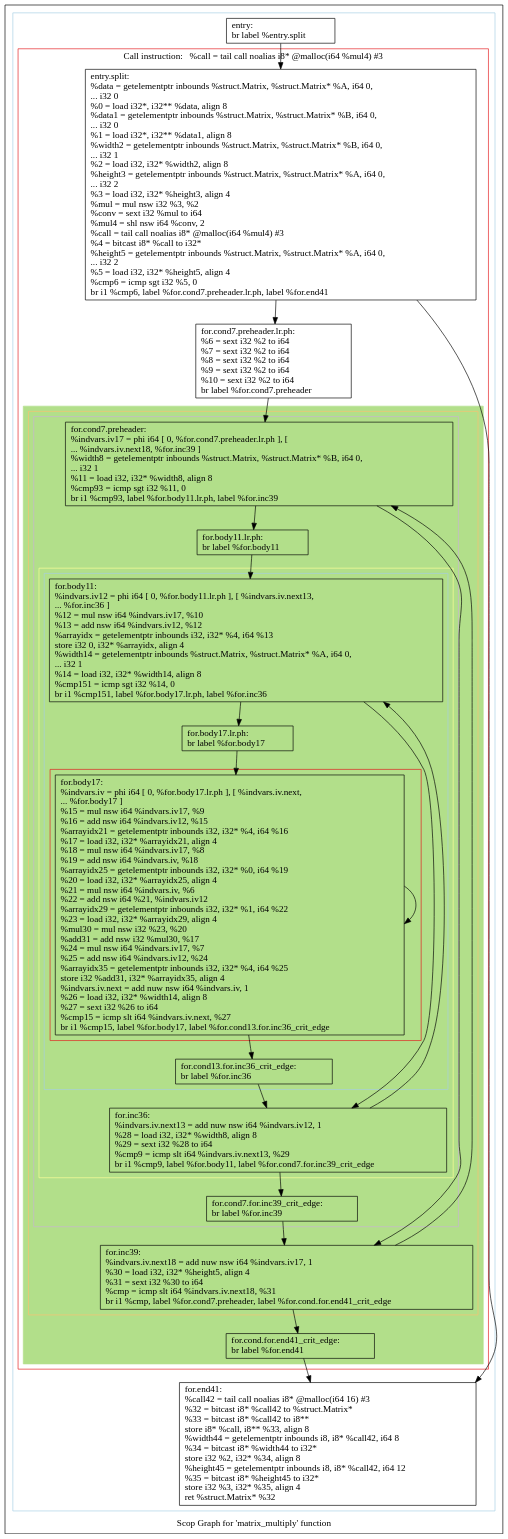
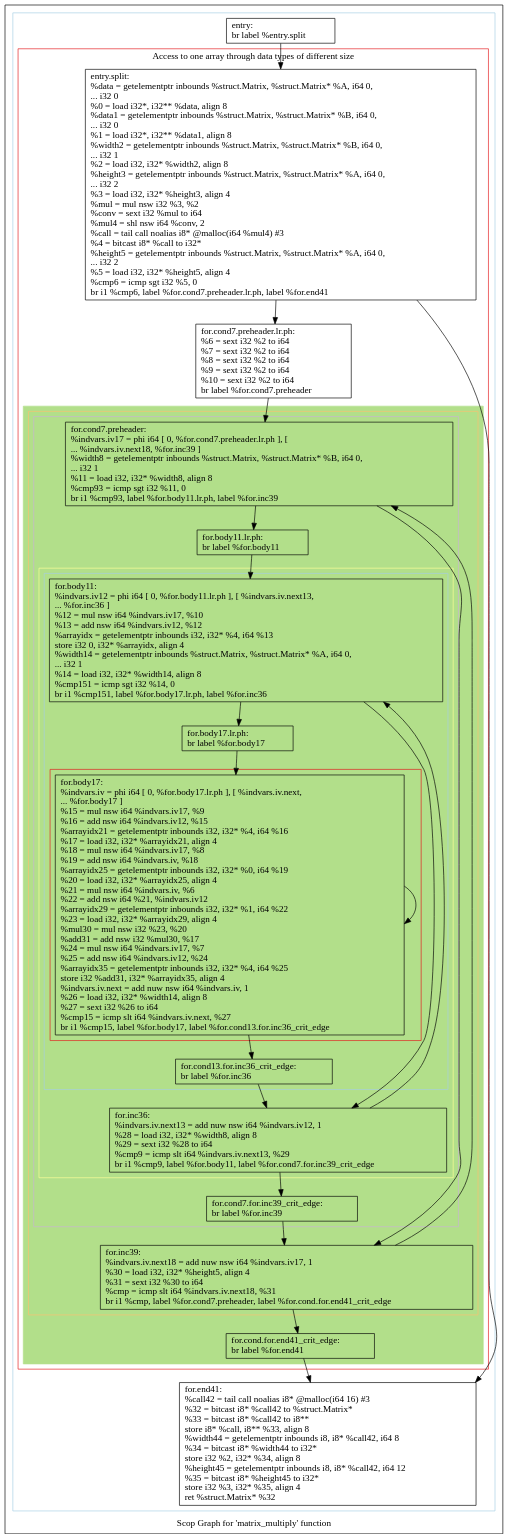
The diagram in polly/MatrixMult/impl/handwritten2/dot/scops.matrix_multiply.dot (samminweng/WhileyOpenCL), drawn with Graphviz before and after one commit. The commit also changed 52 other files, not shown here.

```diff
--- a/polly/MatrixMult/impl/handwritten2/dot/scops.matrix_multiply.dot
+++ b/polly/MatrixMult/impl/handwritten2/dot/scops.matrix_multiply.dot
@@ -1,91 +1,91 @@
 digraph "Scop Graph for 'matrix_multiply' function" {
 	label="Scop Graph for 'matrix_multiply' function";
 
-	Node0x6802840 [shape=record,label="{entry:\l  br label %entry.split\l}"];
-	Node0x6802840 -> Node0x67e99f0;
-	Node0x67e99f0 [shape=record,label="{entry.split:                                      \l  %data = getelementptr inbounds %struct.Matrix, %struct.Matrix* %A, i64 0,\l... i32 0\l  %0 = load i32*, i32** %data, align 8\l  %data1 = getelementptr inbounds %struct.Matrix, %struct.Matrix* %B, i64 0,\l... i32 0\l  %1 = load i32*, i32** %data1, align 8\l  %width2 = getelementptr inbounds %struct.Matrix, %struct.Matrix* %B, i64 0,\l... i32 1\l  %2 = load i32, i32* %width2, align 8\l  %height3 = getelementptr inbounds %struct.Matrix, %struct.Matrix* %A, i64 0,\l... i32 2\l  %3 = load i32, i32* %height3, align 4\l  %mul = mul nsw i32 %3, %2\l  %conv = sext i32 %mul to i64\l  %mul4 = shl nsw i64 %conv, 2\l  %call = tail call noalias i8* @malloc(i64 %mul4) #3\l  %4 = bitcast i8* %call to i32*\l  %height5 = getelementptr inbounds %struct.Matrix, %struct.Matrix* %A, i64 0,\l... i32 2\l  %5 = load i32, i32* %height5, align 4\l  %cmp6 = icmp sgt i32 %5, 0\l  br i1 %cmp6, label %for.cond7.preheader.lr.ph, label %for.end41\l}"];
-	Node0x67e99f0 -> Node0x67f8520;
-	Node0x67e99f0 -> Node0x6801f70;
-	Node0x67f8520 [shape=record,label="{for.cond7.preheader.lr.ph:                        \l  %6 = sext i32 %2 to i64\l  %7 = sext i32 %2 to i64\l  %8 = sext i32 %2 to i64\l  %9 = sext i32 %2 to i64\l  %10 = sext i32 %2 to i64\l  br label %for.cond7.preheader\l}"];
-	Node0x67f8520 -> Node0x6801f90;
-	Node0x6801f90 [shape=record,label="{for.cond7.preheader:                              \l  %indvars.iv17 = phi i64 [ 0, %for.cond7.preheader.lr.ph ], [\l... %indvars.iv.next18, %for.inc39 ]\l  %width8 = getelementptr inbounds %struct.Matrix, %struct.Matrix* %B, i64 0,\l... i32 1\l  %11 = load i32, i32* %width8, align 8\l  %cmp93 = icmp sgt i32 %11, 0\l  br i1 %cmp93, label %for.body11.lr.ph, label %for.inc39\l}"];
-	Node0x6801f90 -> Node0x6802910;
-	Node0x6801f90 -> Node0x67ffa00;
-	Node0x6802910 [shape=record,label="{for.body11.lr.ph:                                 \l  br label %for.body11\l}"];
-	Node0x6802910 -> Node0x68028f0;
-	Node0x68028f0 [shape=record,label="{for.body11:                                       \l  %indvars.iv12 = phi i64 [ 0, %for.body11.lr.ph ], [ %indvars.iv.next13,\l... %for.inc36 ]\l  %12 = mul nsw i64 %indvars.iv17, %10\l  %13 = add nsw i64 %indvars.iv12, %12\l  %arrayidx = getelementptr inbounds i32, i32* %4, i64 %13\l  store i32 0, i32* %arrayidx, align 4\l  %width14 = getelementptr inbounds %struct.Matrix, %struct.Matrix* %A, i64 0,\l... i32 1\l  %14 = load i32, i32* %width14, align 8\l  %cmp151 = icmp sgt i32 %14, 0\l  br i1 %cmp151, label %for.body17.lr.ph, label %for.inc36\l}"];
-	Node0x68028f0 -> Node0x6801ab0;
-	Node0x68028f0 -> Node0x6801ad0;
-	Node0x6801ab0 [shape=record,label="{for.body17.lr.ph:                                 \l  br label %for.body17\l}"];
-	Node0x6801ab0 -> Node0x67ff4e0;
-	Node0x67ff4e0 [shape=record,label="{for.body17:                                       \l  %indvars.iv = phi i64 [ 0, %for.body17.lr.ph ], [ %indvars.iv.next,\l... %for.body17 ]\l  %15 = mul nsw i64 %indvars.iv17, %9\l  %16 = add nsw i64 %indvars.iv12, %15\l  %arrayidx21 = getelementptr inbounds i32, i32* %4, i64 %16\l  %17 = load i32, i32* %arrayidx21, align 4\l  %18 = mul nsw i64 %indvars.iv17, %8\l  %19 = add nsw i64 %indvars.iv, %18\l  %arrayidx25 = getelementptr inbounds i32, i32* %0, i64 %19\l  %20 = load i32, i32* %arrayidx25, align 4\l  %21 = mul nsw i64 %indvars.iv, %6\l  %22 = add nsw i64 %21, %indvars.iv12\l  %arrayidx29 = getelementptr inbounds i32, i32* %1, i64 %22\l  %23 = load i32, i32* %arrayidx29, align 4\l  %mul30 = mul nsw i32 %23, %20\l  %add31 = add nsw i32 %mul30, %17\l  %24 = mul nsw i64 %indvars.iv17, %7\l  %25 = add nsw i64 %indvars.iv12, %24\l  %arrayidx35 = getelementptr inbounds i32, i32* %4, i64 %25\l  store i32 %add31, i32* %arrayidx35, align 4\l  %indvars.iv.next = add nuw nsw i64 %indvars.iv, 1\l  %26 = load i32, i32* %width14, align 8\l  %27 = sext i32 %26 to i64\l  %cmp15 = icmp slt i64 %indvars.iv.next, %27\l  br i1 %cmp15, label %for.body17, label %for.cond13.for.inc36_crit_edge\l}"];
-	Node0x67ff4e0 -> Node0x67ff4e0[constraint=false];
-	Node0x67ff4e0 -> Node0x68028c0;
-	Node0x68028c0 [shape=record,label="{for.cond13.for.inc36_crit_edge:                   \l  br label %for.inc36\l}"];
-	Node0x68028c0 -> Node0x6801ad0;
-	Node0x6801ad0 [shape=record,label="{for.inc36:                                        \l  %indvars.iv.next13 = add nuw nsw i64 %indvars.iv12, 1\l  %28 = load i32, i32* %width8, align 8\l  %29 = sext i32 %28 to i64\l  %cmp9 = icmp slt i64 %indvars.iv.next13, %29\l  br i1 %cmp9, label %for.body11, label %for.cond7.for.inc39_crit_edge\l}"];
-	Node0x6801ad0 -> Node0x68028f0[constraint=false];
-	Node0x6801ad0 -> Node0x67f8600;
-	Node0x67f8600 [shape=record,label="{for.cond7.for.inc39_crit_edge:                    \l  br label %for.inc39\l}"];
-	Node0x67f8600 -> Node0x67ffa00;
-	Node0x67ffa00 [shape=record,label="{for.inc39:                                        \l  %indvars.iv.next18 = add nuw nsw i64 %indvars.iv17, 1\l  %30 = load i32, i32* %height5, align 4\l  %31 = sext i32 %30 to i64\l  %cmp = icmp slt i64 %indvars.iv.next18, %31\l  br i1 %cmp, label %for.cond7.preheader, label %for.cond.for.end41_crit_edge\l}"];
-	Node0x67ffa00 -> Node0x6801f90[constraint=false];
-	Node0x67ffa00 -> Node0x67f8010;
-	Node0x67f8010 [shape=record,label="{for.cond.for.end41_crit_edge:                     \l  br label %for.end41\l}"];
-	Node0x67f8010 -> Node0x6801f70;
-	Node0x6801f70 [shape=record,label="{for.end41:                                        \l  %call42 = tail call noalias i8* @malloc(i64 16) #3\l  %32 = bitcast i8* %call42 to %struct.Matrix*\l  %33 = bitcast i8* %call42 to i8**\l  store i8* %call, i8** %33, align 8\l  %width44 = getelementptr inbounds i8, i8* %call42, i64 8\l  %34 = bitcast i8* %width44 to i32*\l  store i32 %2, i32* %34, align 8\l  %height45 = getelementptr inbounds i8, i8* %call42, i64 12\l  %35 = bitcast i8* %height45 to i32*\l  store i32 %3, i32* %35, align 4\l  ret %struct.Matrix* %32\l}"];
+	Node0x57bcc10 [shape=record,label="{entry:\l  br label %entry.split\l}"];
+	Node0x57bcc10 -> Node0x57aad70;
+	Node0x57aad70 [shape=record,label="{entry.split:                                      \l  %data = getelementptr inbounds %struct.Matrix, %struct.Matrix* %A, i64 0,\l... i32 0\l  %0 = load i32*, i32** %data, align 8\l  %data1 = getelementptr inbounds %struct.Matrix, %struct.Matrix* %B, i64 0,\l... i32 0\l  %1 = load i32*, i32** %data1, align 8\l  %width2 = getelementptr inbounds %struct.Matrix, %struct.Matrix* %B, i64 0,\l... i32 1\l  %2 = load i32, i32* %width2, align 8\l  %height3 = getelementptr inbounds %struct.Matrix, %struct.Matrix* %A, i64 0,\l... i32 2\l  %3 = load i32, i32* %height3, align 4\l  %mul = mul nsw i32 %3, %2\l  %conv = sext i32 %mul to i64\l  %mul4 = shl nsw i64 %conv, 2\l  %call = tail call noalias i8* @malloc(i64 %mul4) #3\l  %4 = bitcast i8* %call to i32*\l  %height5 = getelementptr inbounds %struct.Matrix, %struct.Matrix* %A, i64 0,\l... i32 2\l  %5 = load i32, i32* %height5, align 4\l  %cmp6 = icmp sgt i32 %5, 0\l  br i1 %cmp6, label %for.cond7.preheader.lr.ph, label %for.end41\l}"];
+	Node0x57aad70 -> Node0x57b77d0;
+	Node0x57aad70 -> Node0x57b77f0;
+	Node0x57b77d0 [shape=record,label="{for.cond7.preheader.lr.ph:                        \l  %6 = sext i32 %2 to i64\l  %7 = sext i32 %2 to i64\l  %8 = sext i32 %2 to i64\l  %9 = sext i32 %2 to i64\l  %10 = sext i32 %2 to i64\l  br label %for.cond7.preheader\l}"];
+	Node0x57b77d0 -> Node0x57b4d40;
+	Node0x57b4d40 [shape=record,label="{for.cond7.preheader:                              \l  %indvars.iv17 = phi i64 [ 0, %for.cond7.preheader.lr.ph ], [\l... %indvars.iv.next18, %for.inc39 ]\l  %width8 = getelementptr inbounds %struct.Matrix, %struct.Matrix* %B, i64 0,\l... i32 1\l  %11 = load i32, i32* %width8, align 8\l  %cmp93 = icmp sgt i32 %11, 0\l  br i1 %cmp93, label %for.body11.lr.ph, label %for.inc39\l}"];
+	Node0x57b4d40 -> Node0x57bc6c0;
+	Node0x57b4d40 -> Node0x57b4d60;
+	Node0x57bc6c0 [shape=record,label="{for.body11.lr.ph:                                 \l  br label %for.body11\l}"];
+	Node0x57bc6c0 -> Node0x57bcd80;
+	Node0x57bcd80 [shape=record,label="{for.body11:                                       \l  %indvars.iv12 = phi i64 [ 0, %for.body11.lr.ph ], [ %indvars.iv.next13,\l... %for.inc36 ]\l  %12 = mul nsw i64 %indvars.iv17, %10\l  %13 = add nsw i64 %indvars.iv12, %12\l  %arrayidx = getelementptr inbounds i32, i32* %4, i64 %13\l  store i32 0, i32* %arrayidx, align 4\l  %width14 = getelementptr inbounds %struct.Matrix, %struct.Matrix* %A, i64 0,\l... i32 1\l  %14 = load i32, i32* %width14, align 8\l  %cmp151 = icmp sgt i32 %14, 0\l  br i1 %cmp151, label %for.body17.lr.ph, label %for.inc36\l}"];
+	Node0x57bcd80 -> Node0x57bcb80;
+	Node0x57bcd80 -> Node0x57ba2b0;
+	Node0x57bcb80 [shape=record,label="{for.body17.lr.ph:                                 \l  br label %for.body17\l}"];
+	Node0x57bcb80 -> Node0x57ba360;
+	Node0x57ba360 [shape=record,label="{for.body17:                                       \l  %indvars.iv = phi i64 [ 0, %for.body17.lr.ph ], [ %indvars.iv.next,\l... %for.body17 ]\l  %15 = mul nsw i64 %indvars.iv17, %9\l  %16 = add nsw i64 %indvars.iv12, %15\l  %arrayidx21 = getelementptr inbounds i32, i32* %4, i64 %16\l  %17 = load i32, i32* %arrayidx21, align 4\l  %18 = mul nsw i64 %indvars.iv17, %8\l  %19 = add nsw i64 %indvars.iv, %18\l  %arrayidx25 = getelementptr inbounds i32, i32* %0, i64 %19\l  %20 = load i32, i32* %arrayidx25, align 4\l  %21 = mul nsw i64 %indvars.iv, %6\l  %22 = add nsw i64 %21, %indvars.iv12\l  %arrayidx29 = getelementptr inbounds i32, i32* %1, i64 %22\l  %23 = load i32, i32* %arrayidx29, align 4\l  %mul30 = mul nsw i32 %23, %20\l  %add31 = add nsw i32 %mul30, %17\l  %24 = mul nsw i64 %indvars.iv17, %7\l  %25 = add nsw i64 %indvars.iv12, %24\l  %arrayidx35 = getelementptr inbounds i32, i32* %4, i64 %25\l  store i32 %add31, i32* %arrayidx35, align 4\l  %indvars.iv.next = add nuw nsw i64 %indvars.iv, 1\l  %26 = load i32, i32* %width14, align 8\l  %27 = sext i32 %26 to i64\l  %cmp15 = icmp slt i64 %indvars.iv.next, %27\l  br i1 %cmp15, label %for.body17, label %for.cond13.for.inc36_crit_edge\l}"];
+	Node0x57ba360 -> Node0x57ba360[constraint=false];
+	Node0x57ba360 -> Node0x57ba2d0;
+	Node0x57ba2d0 [shape=record,label="{for.cond13.for.inc36_crit_edge:                   \l  br label %for.inc36\l}"];
+	Node0x57ba2d0 -> Node0x57ba2b0;
+	Node0x57ba2b0 [shape=record,label="{for.inc36:                                        \l  %indvars.iv.next13 = add nuw nsw i64 %indvars.iv12, 1\l  %28 = load i32, i32* %width8, align 8\l  %29 = sext i32 %28 to i64\l  %cmp9 = icmp slt i64 %indvars.iv.next13, %29\l  br i1 %cmp9, label %for.body11, label %for.cond7.for.inc39_crit_edge\l}"];
+	Node0x57ba2b0 -> Node0x57bcd80[constraint=false];
+	Node0x57ba2b0 -> Node0x57b4890;
+	Node0x57b4890 [shape=record,label="{for.cond7.for.inc39_crit_edge:                    \l  br label %for.inc39\l}"];
+	Node0x57b4890 -> Node0x57b4d60;
+	Node0x57b4d60 [shape=record,label="{for.inc39:                                        \l  %indvars.iv.next18 = add nuw nsw i64 %indvars.iv17, 1\l  %30 = load i32, i32* %height5, align 4\l  %31 = sext i32 %30 to i64\l  %cmp = icmp slt i64 %indvars.iv.next18, %31\l  br i1 %cmp, label %for.cond7.preheader, label %for.cond.for.end41_crit_edge\l}"];
+	Node0x57b4d60 -> Node0x57b4d40[constraint=false];
+	Node0x57b4d60 -> Node0x57b48f0;
+	Node0x57b48f0 [shape=record,label="{for.cond.for.end41_crit_edge:                     \l  br label %for.end41\l}"];
+	Node0x57b48f0 -> Node0x57b77f0;
+	Node0x57b77f0 [shape=record,label="{for.end41:                                        \l  %call42 = tail call noalias i8* @malloc(i64 16) #3\l  %32 = bitcast i8* %call42 to %struct.Matrix*\l  %33 = bitcast i8* %call42 to i8**\l  store i8* %call, i8** %33, align 8\l  %width44 = getelementptr inbounds i8, i8* %call42, i64 8\l  %34 = bitcast i8* %width44 to i32*\l  store i32 %2, i32* %34, align 8\l  %height45 = getelementptr inbounds i8, i8* %call42, i64 12\l  %35 = bitcast i8* %height45 to i32*\l  store i32 %3, i32* %35, align 4\l  ret %struct.Matrix* %32\l}"];
 	colorscheme = "paired12"
-        subgraph cluster_0x67e9e20 {
+        subgraph cluster_0x57ab0f0 {
           label = "";
           style = solid;
           color = 1
-          subgraph cluster_0x67f6be0 {
-            label = "Call instruction:   %call = tail call noalias i8* @malloc(i64 %mul4) #3";
+          subgraph cluster_0x57b3440 {
+            label = "Access to one array through data types of different size";
             style = solid;
             color = 6
-            subgraph cluster_0x6801ef0 {
+            subgraph cluster_0x57bc490 {
               label = "";
               style = filled;
-              color = 3              subgraph cluster_0x67f6b60 {
+              color = 3              subgraph cluster_0x57b33c0 {
                 label = "";
                 style = solid;
                 color = 7
-                subgraph cluster_0x67f6ae0 {
+                subgraph cluster_0x57b3340 {
                   label = "";
                   style = solid;
                   color = 9
-                  subgraph cluster_0x67f6a60 {
+                  subgraph cluster_0x57b32c0 {
                     label = "";
                     style = solid;
                     color = 11
-                    subgraph cluster_0x67e9b30 {
+                    subgraph cluster_0x57b3240 {
                       label = "";
                       style = solid;
                       color = 1
-                      subgraph cluster_0x67e9ab0 {
+                      subgraph cluster_0x57b31c0 {
                         label = "";
                         style = solid;
                         color = 6
-                        Node0x67ff4e0;
+                        Node0x57ba360;
                       }
-                      Node0x68028f0;
-                      Node0x6801ab0;
-                      Node0x68028c0;
+                      Node0x57bcd80;
+                      Node0x57bcb80;
+                      Node0x57ba2d0;
                     }
-                    Node0x6801ad0;
+                    Node0x57ba2b0;
                   }
-                  Node0x6801f90;
-                  Node0x6802910;
-                  Node0x67f8600;
+                  Node0x57b4d40;
+                  Node0x57bc6c0;
+                  Node0x57b4890;
                 }
-                Node0x67ffa00;
+                Node0x57b4d60;
               }
-              Node0x67f8010;
+              Node0x57b48f0;
             }
-            Node0x67e99f0;
-            Node0x67f8520;
+            Node0x57aad70;
+            Node0x57b77d0;
           }
-          Node0x6802840;
-          Node0x6801f70;
+          Node0x57bcc10;
+          Node0x57b77f0;
         }
 }
```
